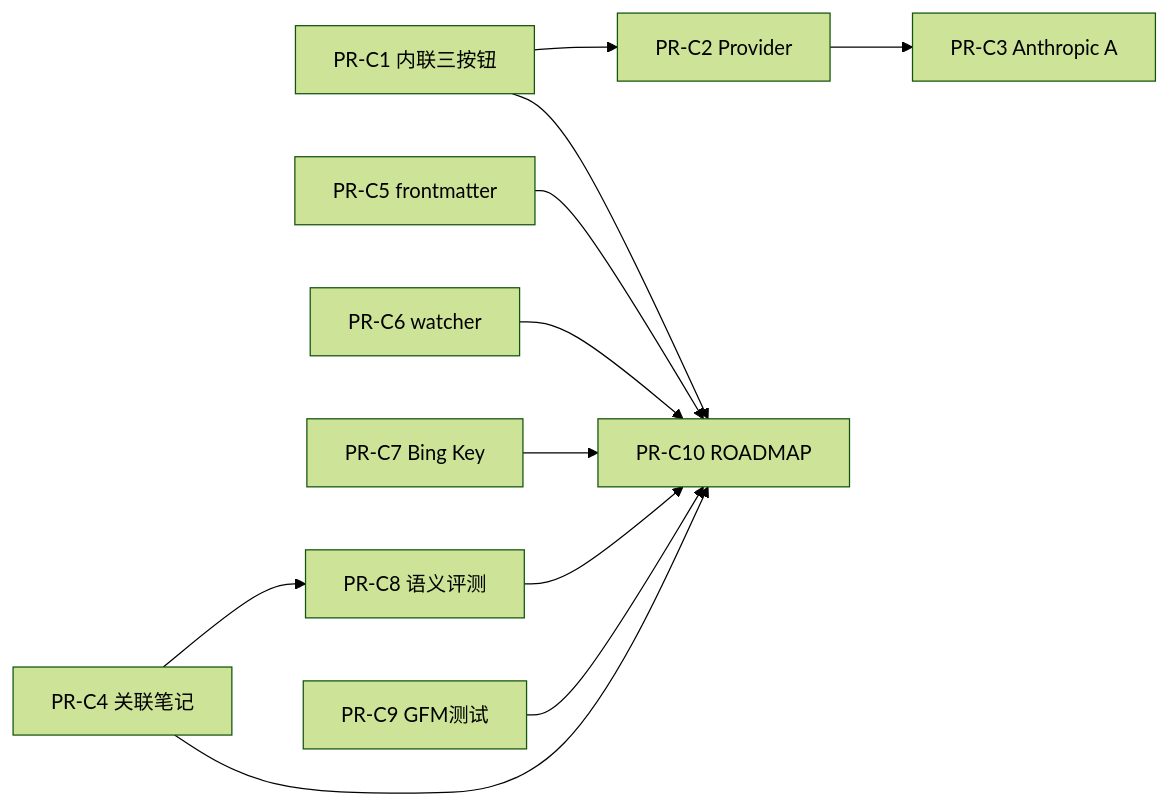
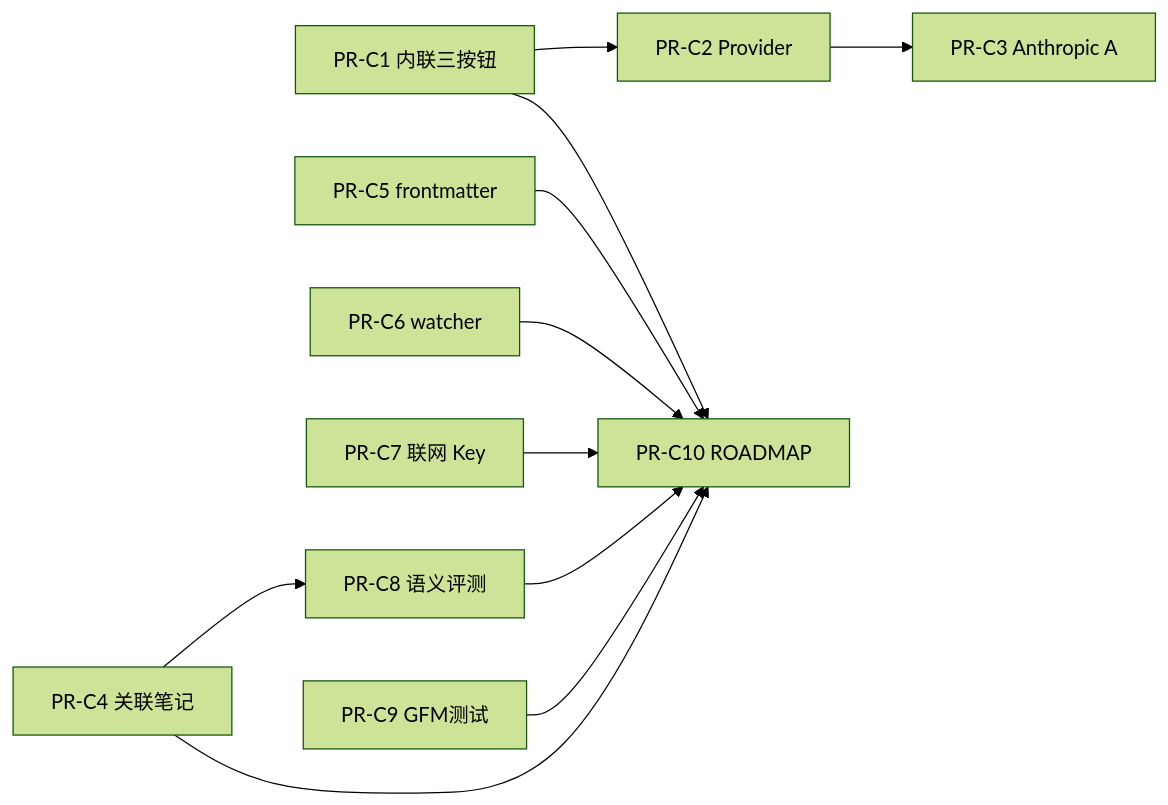
Before and after one commit to skahanium/iris: the diagram in docs/v0.1.0-completion-prs.md, drawn with Mermaid (forest theme). The commit also changed other lines of this file and 101 other files, not shown here.

````diff
--- a/docs/v0.1.0-completion-prs.md
+++ b/docs/v0.1.0-completion-prs.md
@@ -159,22 +159,22 @@
 ```mermaid
 flowchart LR
   C1[PR-C1 内联三按钮]
   C2[PR-C2 Provider]
   C3[PR-C3 Anthropic A]
   C4[PR-C4 关联笔记]
   C5[PR-C5 frontmatter]
   C6[PR-C6 watcher]
-  C7[PR-C7 Bing Key]
+  C7[PR-C7 联网 Key]
   C8[PR-C8 语义评测]
   C9[PR-C9 GFM测试]
   C10[PR-C10 ROADMAP]
   C1 --> C2 --> C3
   C4 --> C8
   C5 --> C10
   C6 --> C10
   C7 --> C10
   C1 --> C10
   C4 --> C10
   C8 --> C10
   C9 --> C10
 ```
````
